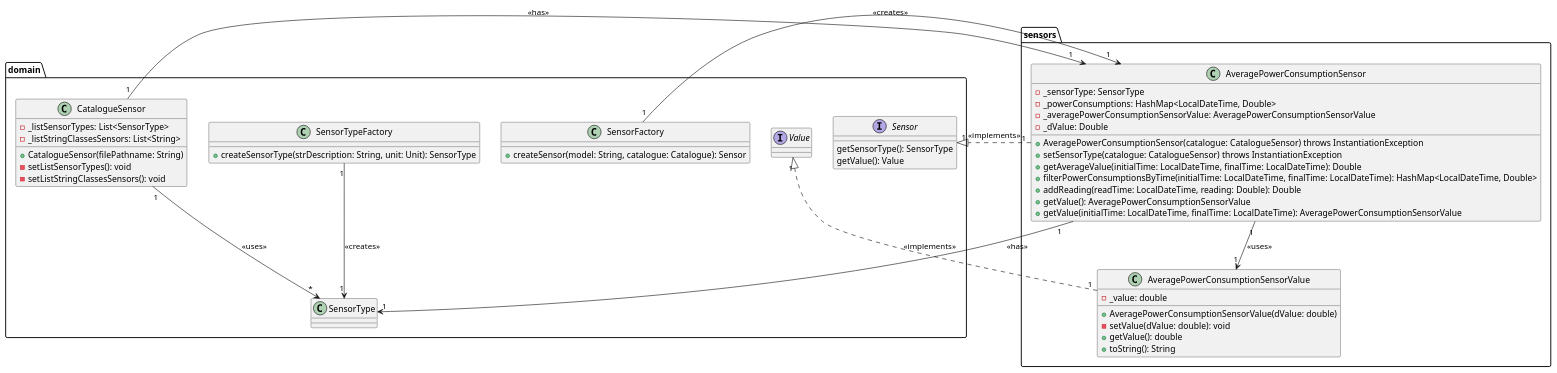
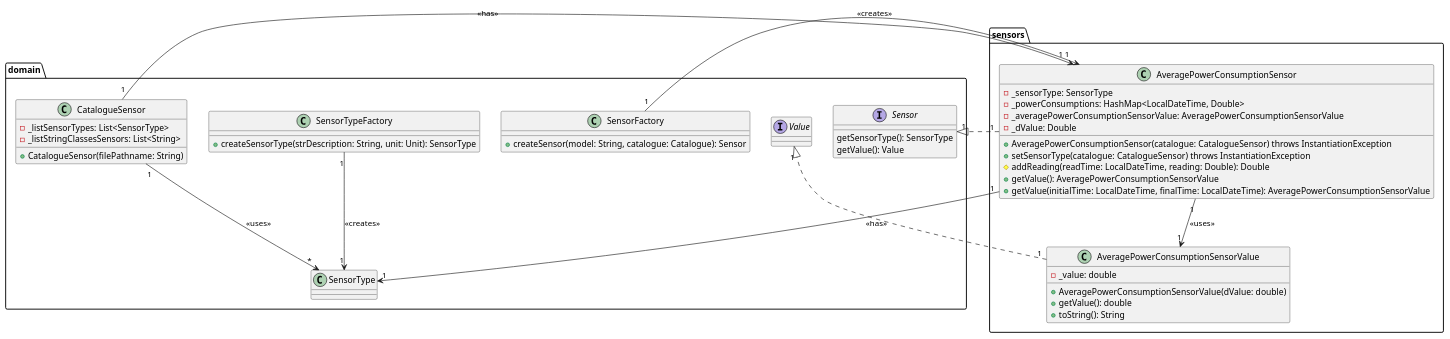
The diagram in docs/ood/classDiagram/US25AveragePowerConsumptionSensor.puml (olivDiogo/SmartHome), drawn with PlantUML before and after one commit.

Commit message:
#20 class diagram updated

```diff
--- a/docs/ood/classDiagram/US25AveragePowerConsumptionSensor.puml
+++ b/docs/ood/classDiagram/US25AveragePowerConsumptionSensor.puml
@@ -1,79 +1,74 @@
 @startuml
 
 package domain{
 
    class SensorFactory {
-        'Methods'
+     'Methods'
         +createSensor(model: String, catalogue: Catalogue): Sensor
         }
 
         class SensorTypeFactory {
         'Methods'
         +createSensorType(strDescription: String, unit: Unit): SensorType
         }
 
     class CatalogueSensor{
     'Attributes'
     - _listSensorTypes: List<SensorType>
     - _listStringClassesSensors: List<String>
 
     'Methods'
     +CatalogueSensor(filePathname: String)
-    -setListSensorTypes(): void
-    -setListStringClassesSensors(): void
     }
 
     class SensorType {
 
     }
 
      interface Sensor{
         'Methods'
         getSensorType(): SensorType
         getValue(): Value
         }
 
         interface Value{
         }
 }
 
 package sensors{
 
  class AveragePowerConsumptionSensorValue{
  'Attributes'
  - _value: double
 
  'Methods'
  +AveragePowerConsumptionSensorValue(dValue: double)
- -setValue(dValue: double): void
  +getValue(): double
  +toString(): String
  }
-    class AveragePowerConsumptionSensor {
-        - _sensorType: SensorType
-        - _powerConsumptions: HashMap<LocalDateTime, Double>
-        - _averagePowerConsumptionSensorValue: AveragePowerConsumptionSensorValue
-        - _dValue: Double
-        + AveragePowerConsumptionSensor(catalogue: CatalogueSensor) throws InstantiationException
-        + setSensorType(catalogue: CatalogueSensor) throws InstantiationException
-        + getAverageValue(initialTime: LocalDateTime, finalTime: LocalDateTime): Double
-        + filterPowerConsumptionsByTime(initialTime: LocalDateTime, finalTime: LocalDateTime): HashMap<LocalDateTime, Double>
-        + addReading(readTime: LocalDateTime, reading: Double): Double
-        + getValue(): AveragePowerConsumptionSensorValue
-        + getValue(initialTime: LocalDateTime, finalTime: LocalDateTime): AveragePowerConsumptionSensorValue
+class AveragePowerConsumptionSensor {
+- _sensorType: SensorType
+- _powerConsumptions: HashMap<LocalDateTime, Double>
+- _averagePowerConsumptionSensorValue: AveragePowerConsumptionSensorValue
+- _dValue: Double
++ AveragePowerConsumptionSensor(catalogue: CatalogueSensor) throws InstantiationException
++ setSensorType(catalogue: CatalogueSensor) throws InstantiationException
+# addReading(readTime: LocalDateTime, reading: Double): Double
++ getValue(): AveragePowerConsumptionSensorValue
++ getValue(initialTime: LocalDateTime, finalTime: LocalDateTime): AveragePowerConsumptionSensorValue
     }
 }
 
 
 SensorFactory "1" --> "1" AveragePowerConsumptionSensor : <<creates>>
 AveragePowerConsumptionSensor "1" --> "1" SensorType : <<has>>
 AveragePowerConsumptionSensor "1" --> "1" AveragePowerConsumptionSensorValue : <<uses>>
-AveragePowerConsumptionSensor "1" ..|> "1" Sensor: <<implements>>
+AveragePowerConsumptionSensor "1" ..|> "1" Sensor
 
 CatalogueSensor "1" --> "1" AveragePowerConsumptionSensor : <<has>>
 CatalogueSensor "1" --> "*" SensorType : <<uses>>
-AveragePowerConsumptionSensorValue "1" ..|> "1" Value: <<implements>>
+AveragePowerConsumptionSensorValue "1" ..|> "1" Value
 SensorTypeFactory "1" --> "1" SensorType : <<creates>>
 
 
 @enduml
```
